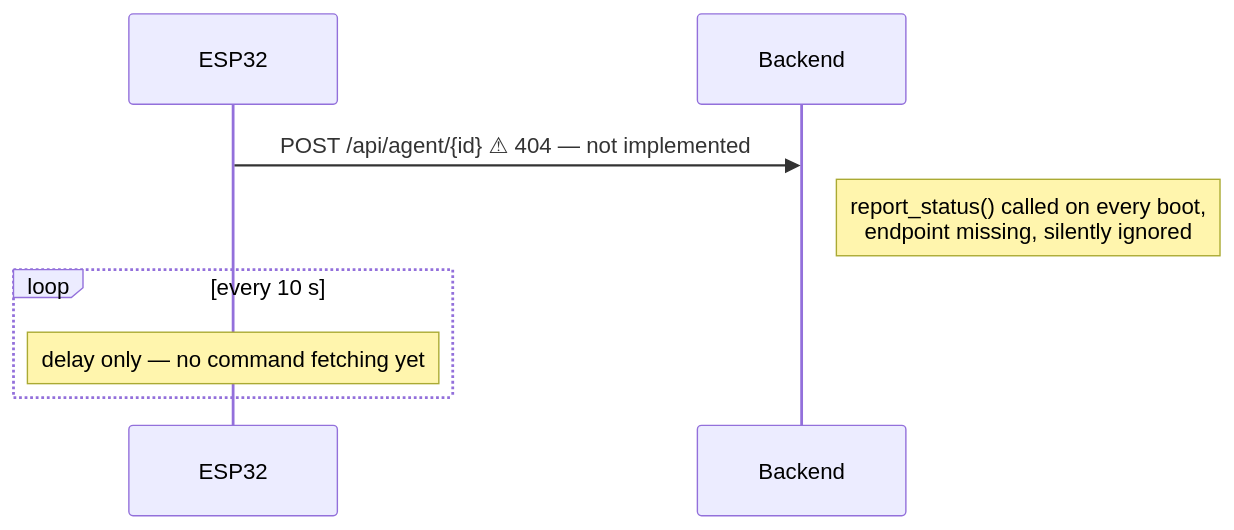
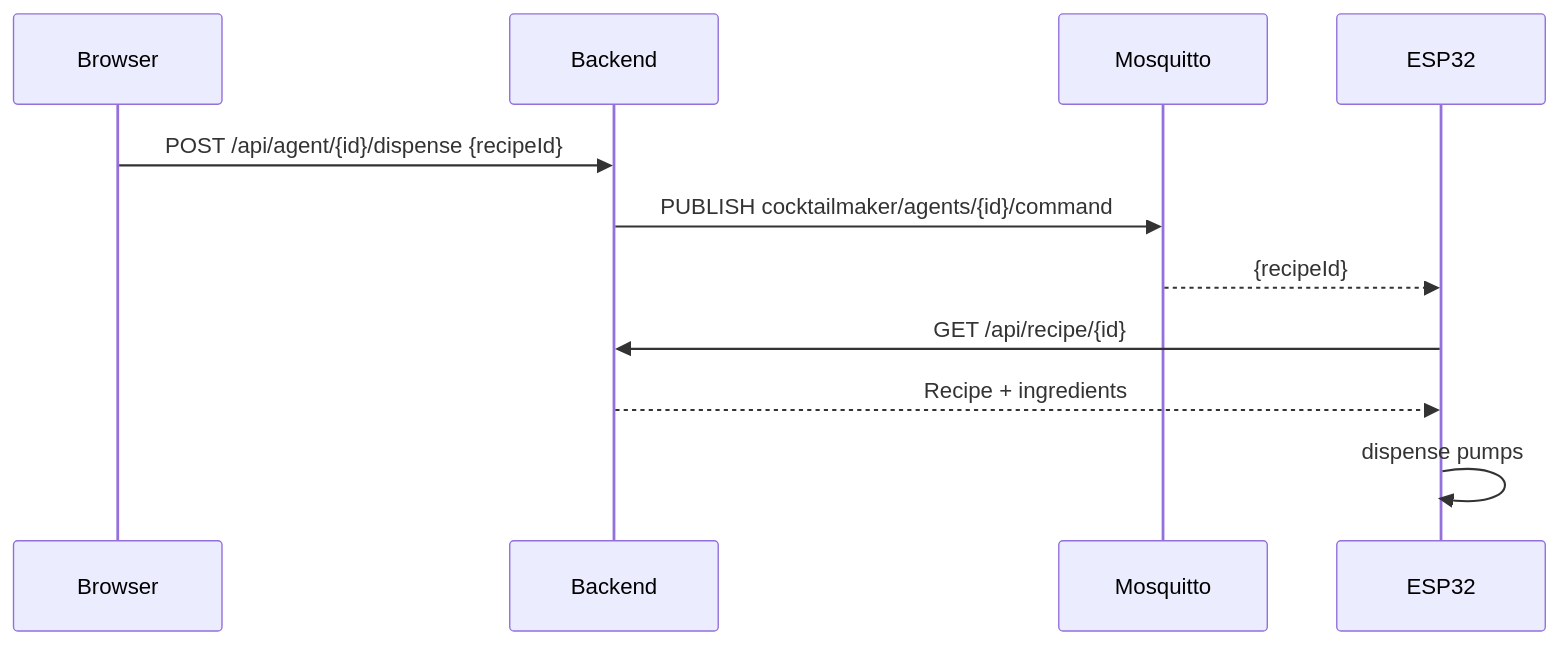
Before and after one commit to codeiakofficial/cocktailmaker: the fourth of 6 diagrams in docs/architecture.md, drawn with Mermaid. The commit also changed other lines of this file and 2 other files, not shown here.

````diff
--- a/docs/architecture.md
+++ b/docs/architecture.md
@@ -61,12 +61,14 @@
 ```mermaid
 sequenceDiagram
+    participant Browser
+    participant Backend
+    participant Broker as Mosquitto
     participant ESP32
-    participant Backend
 
-    ESP32->>Backend: POST /api/agent/{id}  ⚠ 404 — not implemented
-    Note right of Backend: report_status() called on every boot,<br/>endpoint missing, silently ignored
-
-    loop every 10 s
-        Note over ESP32: delay only — no command fetching yet
-    end
+    Browser->>Backend: POST /api/agent/{id}/dispense {recipeId}
+    Backend->>Broker: PUBLISH cocktailmaker/agents/{id}/command
+    Broker-->>ESP32: {recipeId}
+    ESP32->>Backend: GET /api/recipe/{id}
+    Backend-->>ESP32: Recipe + ingredients
+    ESP32->>ESP32: dispense pumps
 ```
````
